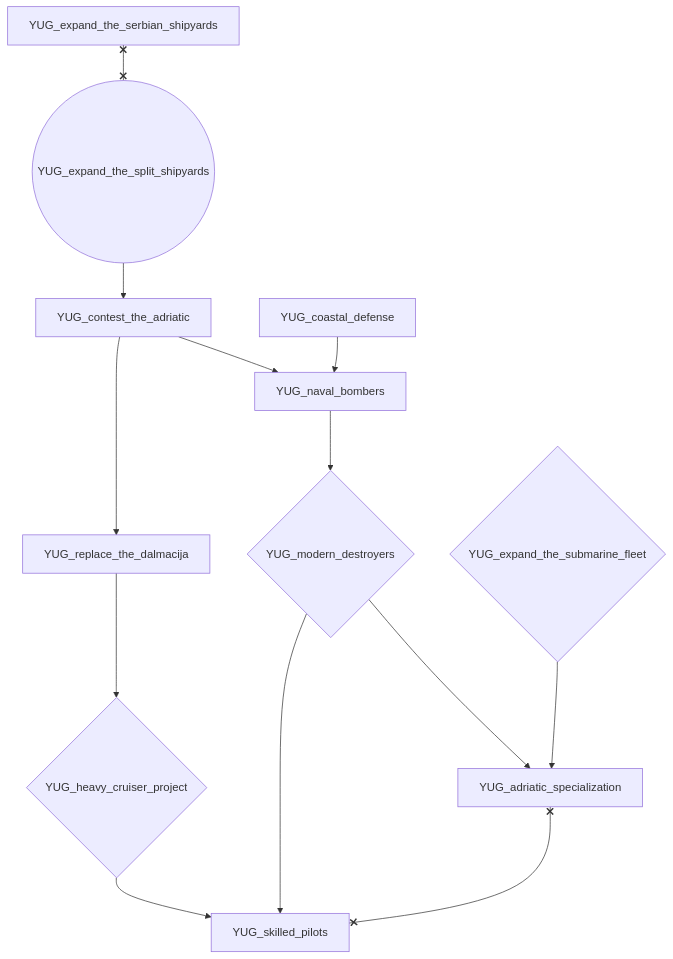
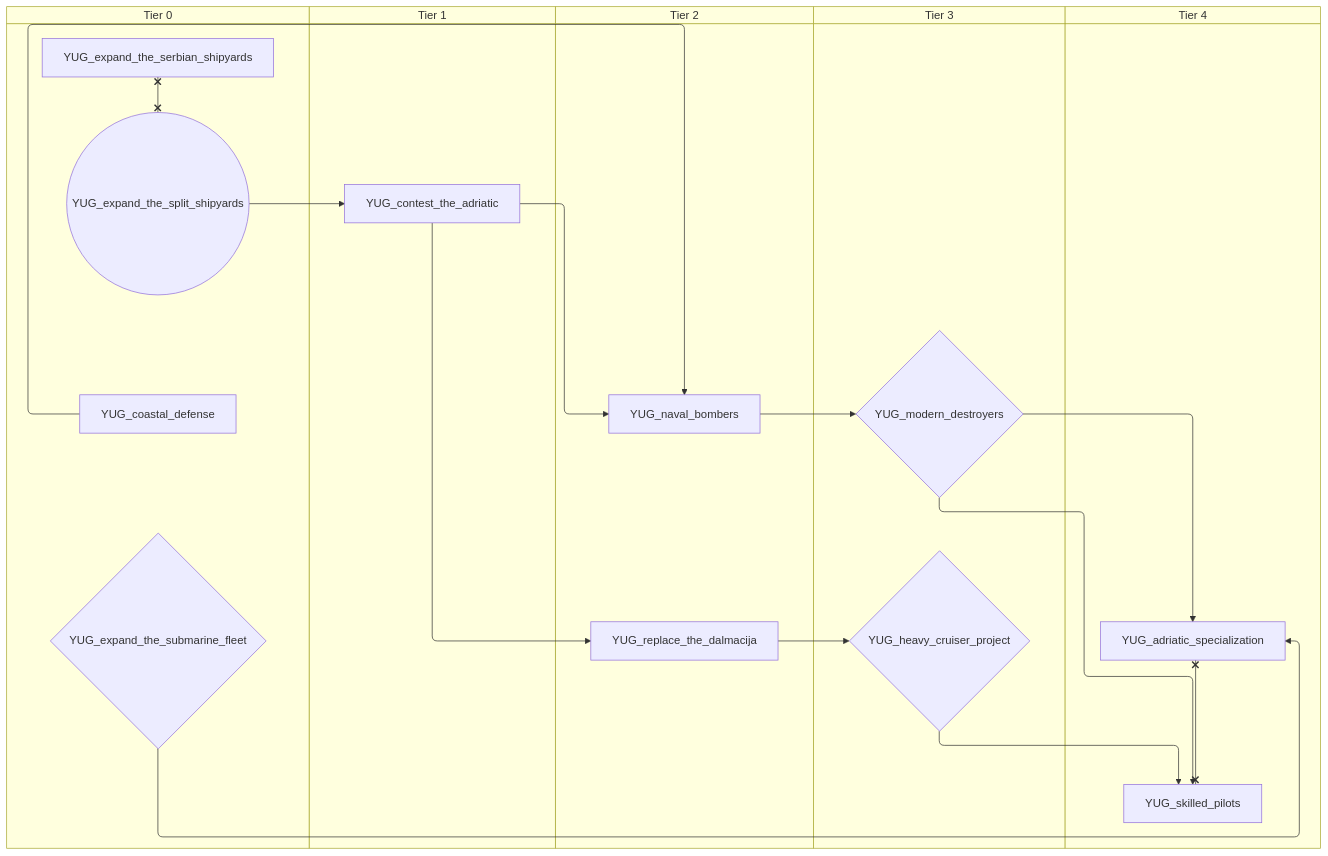
The third of 7 diagrams in docs/gdd/National Focuses/yugoslavia.md (evgeny-sobol/hoi4-sandbox-mode-r56), drawn with Mermaid before and after one commit. The commit also changed other lines of this file and 423 other files, not shown here.

First line of the commit message:
Re-export Rt56 focus trees as swimlane diagrams

````diff
--- a/docs/gdd/National Focuses/yugoslavia.md
+++ b/docs/gdd/National Focuses/yugoslavia.md
@@ -76,26 +96,36 @@
 ```mermaid
-flowchart TD
-    n20["YUG_adriatic_specialization"]
-    n21["YUG_coastal_defense"]
-    n22["YUG_contest_the_adriatic"]
-    n23["YUG_expand_the_serbian_shipyards"]
-    n24(("YUG_expand_the_split_shipyards"))
-    n25{"YUG_expand_the_submarine_fleet"}
-    n26{"YUG_heavy_cruiser_project"}
-    n27{"YUG_modern_destroyers"}
-    n28["YUG_naval_bombers"]
-    n30["YUG_replace_the_dalmacija"]
-    n29["YUG_skilled_pilots"]
-    n27 --> n20
-    n25 --> n20
-    n24 --> n22
-    n30 --> n26
-    n28 --> n27
-    n22 --> n28
-    n21 --> n28
-    n22 --> n30
-    n26 --> n29
+swimlane-beta TD
+    subgraph tier_0["Tier 0"]
+        n24["YUG_coastal_defense"]
+        n21["YUG_expand_the_serbian_shipyards"]
+        n22(("YUG_expand_the_split_shipyards"))
+        n25{"YUG_expand_the_submarine_fleet"}
+    end
+    subgraph tier_1["Tier 1"]
+        n20["YUG_contest_the_adriatic"]
+    end
+    subgraph tier_2["Tier 2"]
+        n26["YUG_naval_bombers"]
+        n30["YUG_replace_the_dalmacija"]
+    end
+    subgraph tier_3["Tier 3"]
+        n23{"YUG_heavy_cruiser_project"}
+        n27{"YUG_modern_destroyers"}
+    end
+    subgraph tier_4["Tier 4"]
+        n28["YUG_adriatic_specialization"]
+        n29["YUG_skilled_pilots"]
+    end
+    n27 --> n28
+    n25 --> n28
+    n22 --> n20
+    n30 --> n23
+    n26 --> n27
+    n20 --> n26
+    n24 --> n26
+    n20 --> n30
+    n23 --> n29
     n27 --> n29
-    n20 x--x n29
-    n23 x--x n24
+    n28 x--x n29
+    n21 x--x n22
 ```
````
